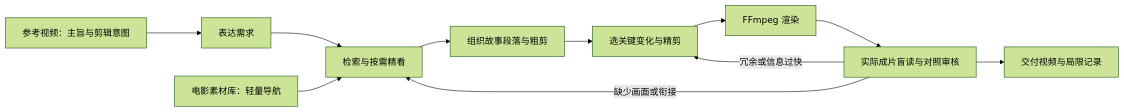
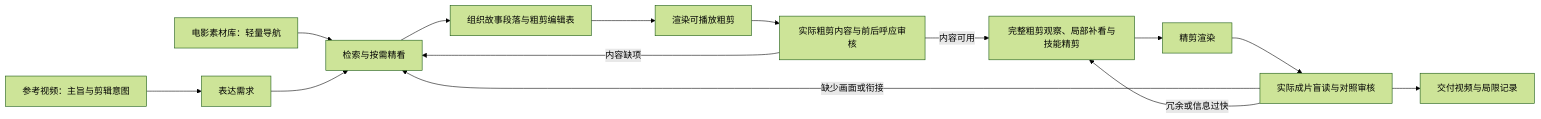
Before and after one commit to Seven-creater/agentic-video: the diagram in README.md, drawn with Mermaid (forest theme). The commit also changed other lines of this file and 20 other files, not shown here.

````diff
--- a/README.md
+++ b/README.md
@@ -11,13 +11,16 @@
 ```mermaid
 flowchart LR
     R["参考视频：主旨与剪辑意图"] --> Q["表达需求"]
     L["电影素材库：轻量导航"] --> S["检索与按需精看"]
     Q --> S
-    S --> P["组织故事段落与粗剪"]
-    P --> F["选关键变化与精剪"]
-    F --> E["FFmpeg 渲染"]
+    S --> P["组织故事段落与粗剪编辑表"]
+    P --> C["渲染可播放粗剪"]
+    C --> A["实际粗剪内容与前后呼应审核"]
+    A -->|"内容可用"| F["完整粗剪观察、局部补看与技能精剪"]
+    A -->|"内容缺项"| S
+    F --> E["精剪渲染"]
     E --> V["实际成片盲读与对照审核"]
     V -->|"缺少画面或衔接"| S
     V -->|"冗余或信息过快"| F
     V --> D["交付视频与局限记录"]
 ```
````
